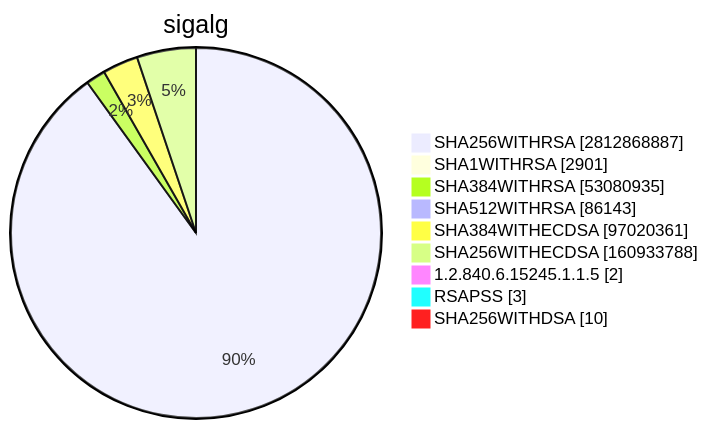
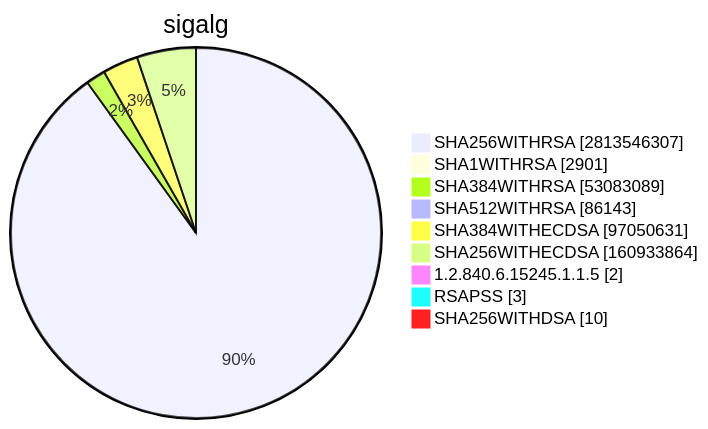
Before and after one commit to christiankrug/ctmonitor_visualization: diagram 15 of 15 in TOTAL/README.md, drawn with Mermaid. The commit also changed other lines of this file, not shown here.

````diff
--- a/TOTAL/README.md
+++ b/TOTAL/README.md
@@ -6207,13 +6207,13 @@
 ```mermaid
 pie showData
 title sigalg
-"SHA256WITHRSA" :2812868887
+"SHA256WITHRSA" :2813546307
 "SHA1WITHRSA" :2901
-"SHA384WITHRSA" :53080935
+"SHA384WITHRSA" :53083089
 "SHA512WITHRSA" :86143
-"SHA384WITHECDSA" :97020361
-"SHA256WITHECDSA" :160933788
+"SHA384WITHECDSA" :97050631
+"SHA256WITHECDSA" :160933864
 "1.2.840.6.15245.1.1.5" :2
 "RSAPSS" :3
 "SHA256WITHDSA" :10
 ```
````
